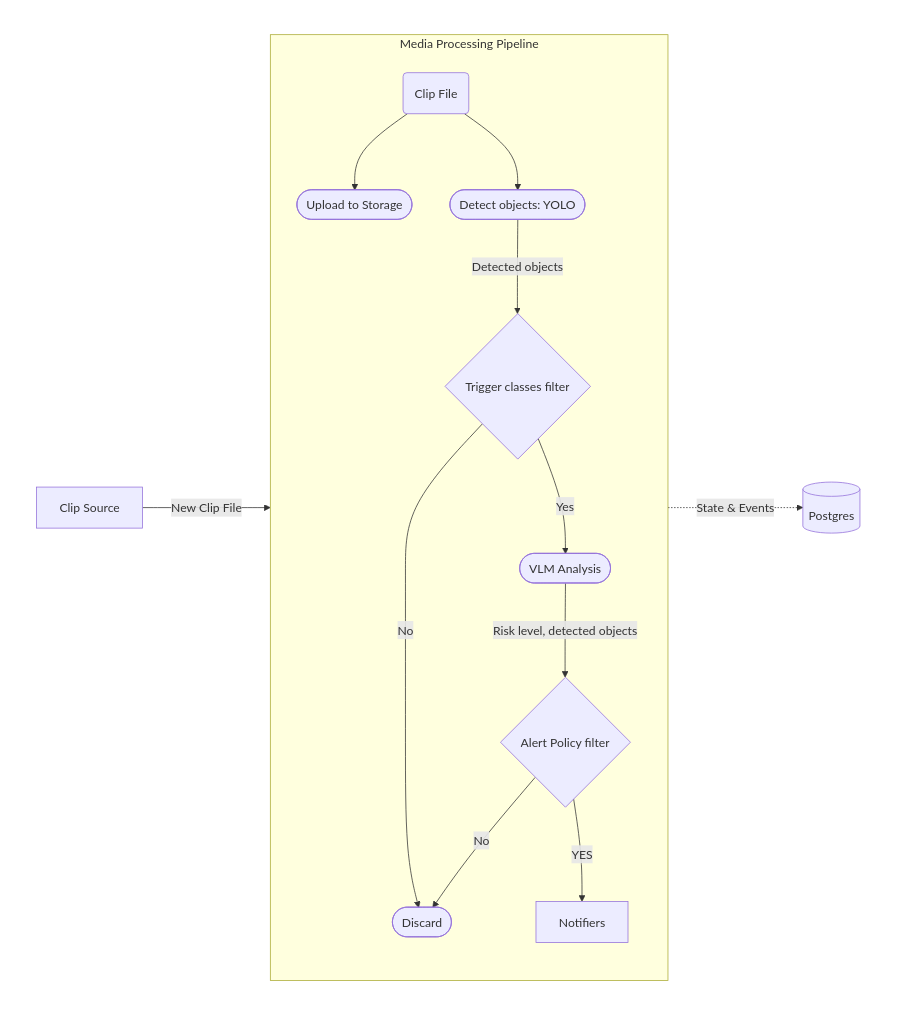
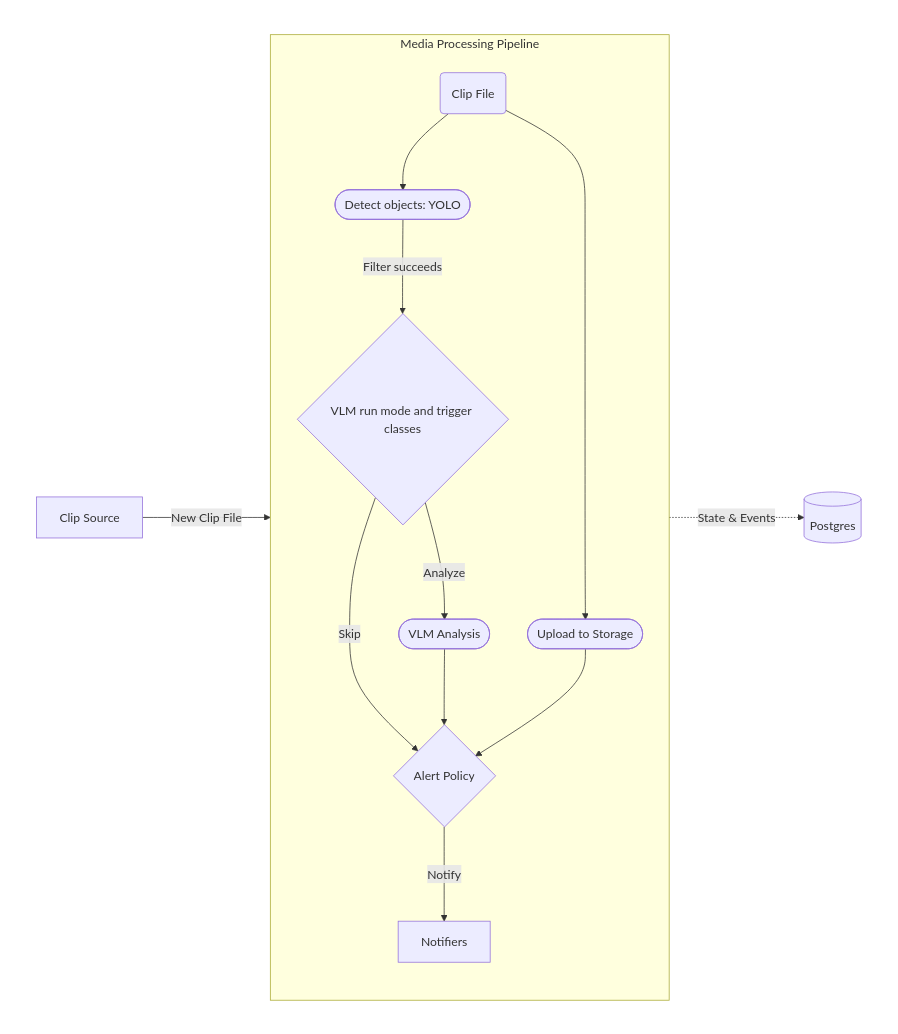
One commit to lan17/homesec changed the diagram in README.md. Above: the diagram before and after it, drawn with Mermaid. The commit also changed other lines of this file and 12 other files, not shown here.

````diff
--- a/README.md
+++ b/README.md
@@ -23,27 +23,27 @@
 ```mermaid
 graph TD
     %% Layout Wrapper for horizontal alignment
     subgraph Wrapper [" "]
         direction LR
         style Wrapper fill:none,stroke:none
         
         S[Clip Source]
         
         subgraph Pipeline [Media Processing Pipeline]
             direction TB
             C(Clip File) --> U([Upload to Storage])
             C --> F([Detect objects: YOLO])
-            F -->|Detected objects| AI{Trigger classes filter}
-            AI -->|Yes| V([VLM Analysis])
-            AI -->|No| D([Discard])
-            V -->|Risk level, detected objects| P{Alert Policy filter}
-            P -->|No| D
-            P -->|YES| N[Notifiers]
+            F -->|Filter succeeds| AI{VLM run mode and trigger classes}
+            AI -->|Analyze| V([VLM Analysis])
+            AI -->|Skip| P{Alert Policy}
+            V --> P
+            U --> P
+            P -->|Notify| N[Notifiers]
         end
         
         S -->|New Clip File| Pipeline
         
         PG[(Postgres)]
         Pipeline -.->|State & Events| PG
     end
 ```
````
